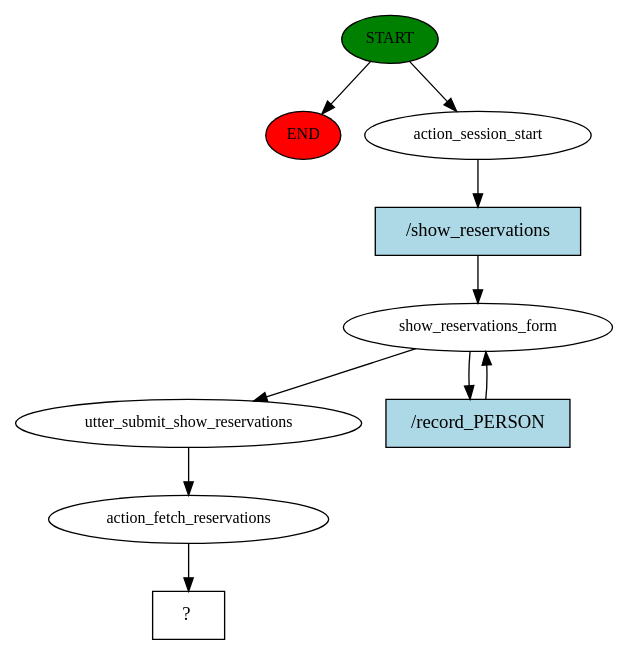
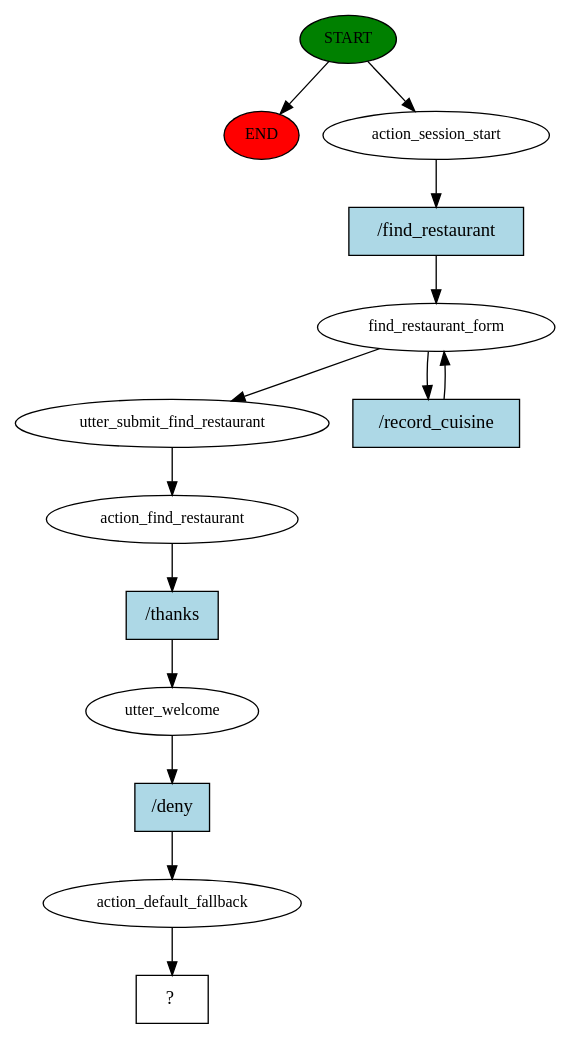
One commit to AsiaSzych/IU_Voice_Assistants changed the diagram in rasa_chatbot/story_graph.dot. Above: the diagram before and after it, drawn with Graphviz. The commit also changed 4 other files, not shown here.

```diff
--- a/rasa_chatbot/story_graph.dot
+++ b/rasa_chatbot/story_graph.dot
@@ -1,20 +1,28 @@
 digraph  {
 0 [class="start active", fillcolor=green, fontsize=12, label=START, style=filled];
 "-1" [class=end, fillcolor=red, fontsize=12, label=END, style=filled];
 1 [class=active, fontsize=12, label=action_session_start];
-2 [class=active, fontsize=12, label=show_reservations_form];
-4 [class=active, fontsize=12, label=utter_submit_show_reservations];
-5 [class=active, fontsize=12, label=action_fetch_reservations];
-6 [class="intent dashed active", label="  ?  ", shape=rect];
-7 [class="intent active", fillcolor=lightblue, label="/show_reservations", shape=rect, style=filled];
-8 [class="intent active", fillcolor=lightblue, label="/record_PERSON", shape=rect, style=filled];
+2 [class=active, fontsize=12, label=find_restaurant_form];
+4 [class=active, fontsize=12, label=utter_submit_find_restaurant];
+5 [class=active, fontsize=12, label=action_find_restaurant];
+6 [class=active, fontsize=12, label=utter_welcome];
+7 [class=active, fontsize=12, label=action_default_fallback];
+8 [class="intent dashed active", label="  ?  ", shape=rect];
+9 [class="intent active", fillcolor=lightblue, label="/find_restaurant", shape=rect, style=filled];
+10 [class="intent active", fillcolor=lightblue, label="/record_cuisine", shape=rect, style=filled];
+11 [class="intent active", fillcolor=lightblue, label="/thanks", shape=rect, style=filled];
+12 [class="intent active", fillcolor=lightblue, label="/deny", shape=rect, style=filled];
 0 -> "-1"  [class="", key=NONE, label=""];
 0 -> 1  [class=active, key=NONE, label=""];
-1 -> 7  [class=active, key=0];
+1 -> 9  [class=active, key=0];
 2 -> 4  [class=active, key=NONE, label=""];
-2 -> 8  [class=active, key=0];
+2 -> 10  [class=active, key=0];
 4 -> 5  [class=active, key=NONE, label=""];
-5 -> 6  [class=active, key=NONE, label=""];
-7 -> 2  [class=active, key=0];
-8 -> 2  [class=active, key=0];
+5 -> 11  [class=active, key=0];
+6 -> 12  [class=active, key=0];
+7 -> 8  [class=active, key=NONE, label=""];
+9 -> 2  [class=active, key=0];
+10 -> 2  [class=active, key=0];
+11 -> 6  [class=active, key=0];
+12 -> 7  [class=active, key=0];
 }
```
